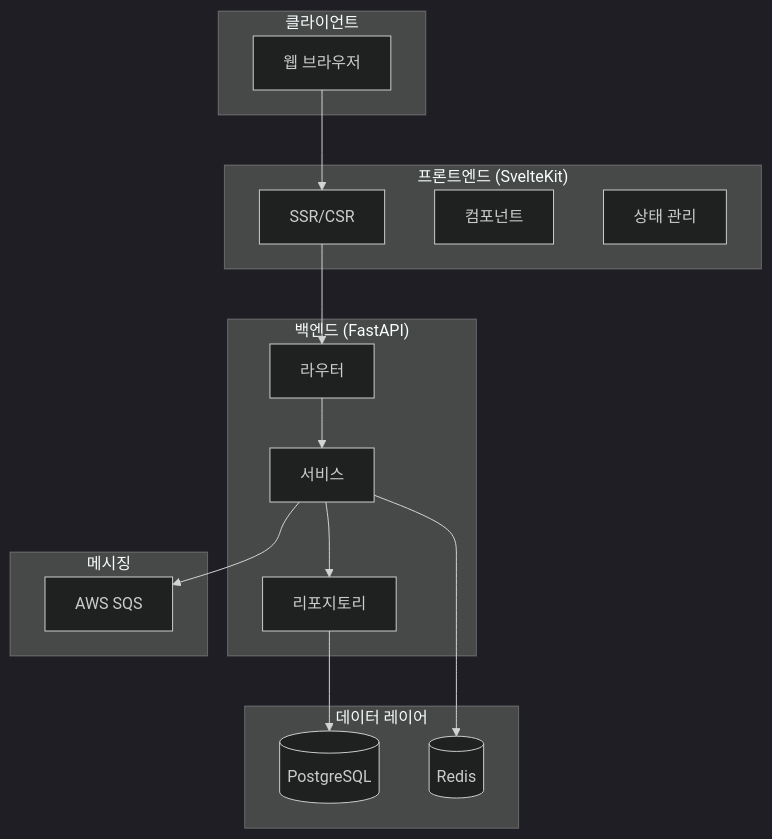
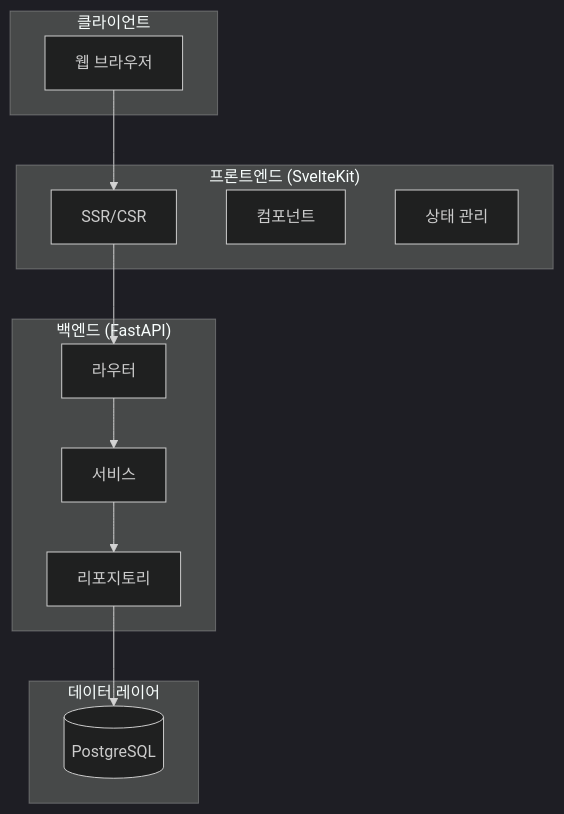
Before and after one commit to Sogang-Computer-Club/sogangcomputerclub.org: the first of 5 diagrams in docs/architecture.md, drawn with Mermaid (dark theme). The commit also changed other lines of this file and 26 other files, not shown here.

````diff
--- a/docs/architecture.md
+++ b/docs/architecture.md
@@ -7,35 +7,28 @@
 ```mermaid
 flowchart TB
     subgraph Client["클라이언트"]
         Browser[웹 브라우저]
     end
 
     subgraph Frontend["프론트엔드 (SvelteKit)"]
         SSR[SSR/CSR]
         Components[컴포넌트]
         Stores[상태 관리]
     end
 
     subgraph Backend["백엔드 (FastAPI)"]
         Router[라우터]
         Service[서비스]
         Repository[리포지토리]
     end
 
     subgraph Data["데이터 레이어"]
         PostgreSQL[(PostgreSQL)]
-        Redis[(Redis)]
-    end
-
-    subgraph Messaging["메시징"]
-        SQS[AWS SQS]
     end
 
     Browser --> SSR
     SSR --> Router
     Router --> Service
     Service --> Repository
     Repository --> PostgreSQL
-    Service --> Redis
-    Service --> SQS
 ```
````
